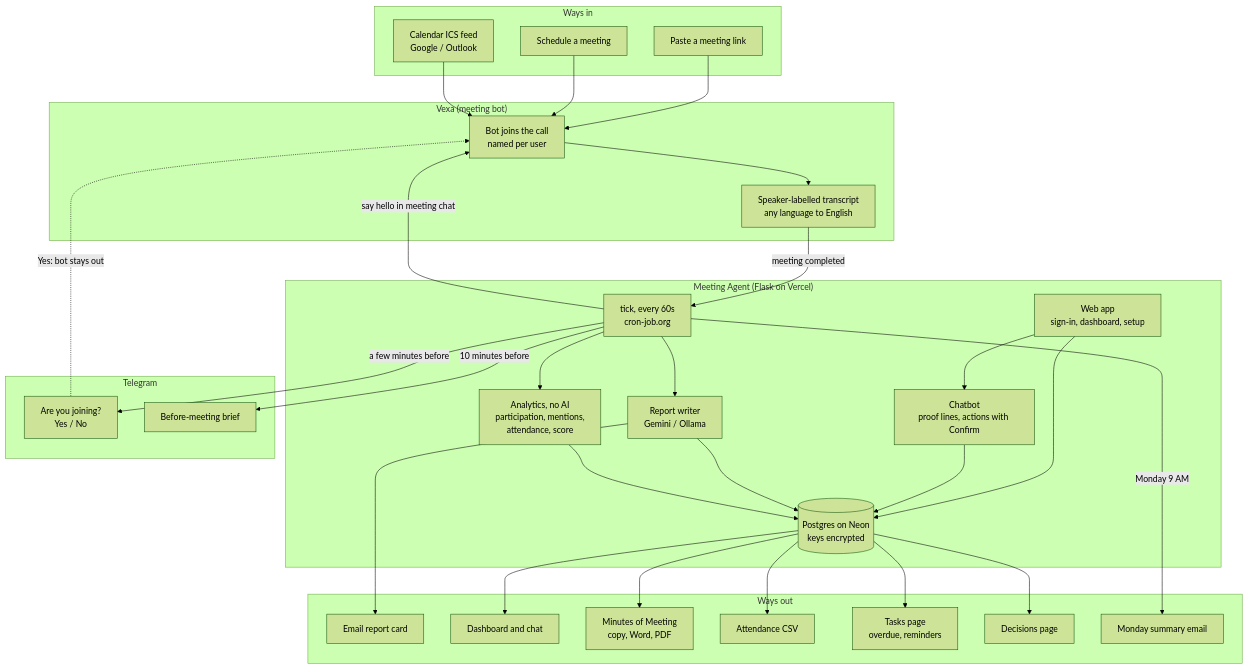
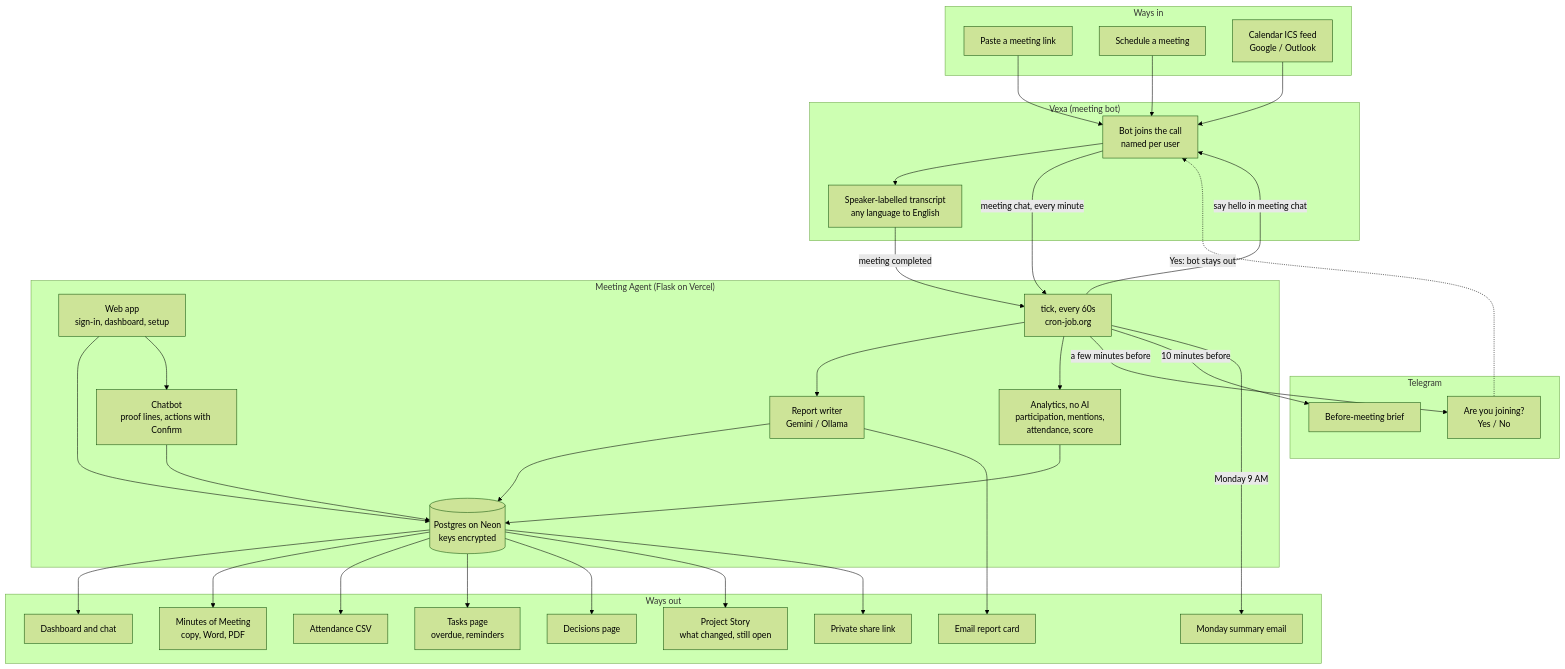
Before and after one commit to sameer-sde/meeting-agent: the diagram in README.md, drawn with Mermaid (forest theme). The commit also changed other lines of this file and 4 other files, not shown here.

````diff
--- a/README.md
+++ b/README.md
@@ -57,61 +67,66 @@
 ```mermaid
 graph TB
     subgraph In ["Ways in"]
         L[Paste a meeting link]
         S[Schedule a meeting]
         K[Calendar ICS feed<br/>Google / Outlook]
     end
 
     subgraph Vexa ["Vexa (meeting bot)"]
         B[Bot joins the call<br/>named per user]
         TR[Speaker-labelled transcript<br/>any language to English]
         B --> TR
     end
 
     subgraph App ["Meeting Agent (Flask on Vercel)"]
         W[Web app<br/>sign-in, dashboard, setup]
         T[tick, every 60s<br/>cron-job.org]
         R[Report writer<br/>Gemini / Ollama]
         A[Analytics, no AI<br/>participation, mentions,<br/>attendance, score]
         CH[Chatbot<br/>proof lines, actions with Confirm]
         DB[(Postgres on Neon<br/>keys encrypted)]
         W --> DB
         W --> CH
         CH --> DB
         T --> R
         T --> A
         R --> DB
         A --> DB
     end
 
     subgraph TG ["Telegram"]
         Q[Are you joining?<br/>Yes / No]
         BR[Before-meeting brief]
     end
 
     subgraph Out ["Ways out"]
         E[Email report card]
         D[Dashboard and chat]
         M[Minutes of Meeting<br/>copy, Word, PDF]
         C[Attendance CSV]
         TK[Tasks page<br/>overdue, reminders]
         DC[Decisions page]
         WK[Monday summary email]
+        PS[Project Story<br/>what changed, still open]
+        SL[Private share link]
     end
 
     L --> B
     S --> B
     K --> B
     T -->|a few minutes before| Q
     T -->|10 minutes before| BR
     Q -.->|Yes: bot stays out| B
     T -->|say hello in meeting chat| B
     TR -->|meeting completed| T
     DB --> D
     R --> E
     DB --> M
     DB --> C
     DB --> TK
     DB --> DC
+    DB --> PS
+    DB --> SL
     T -->|Monday 9 AM| WK
+    B -->|meeting chat, every minute| T
 ```
````
